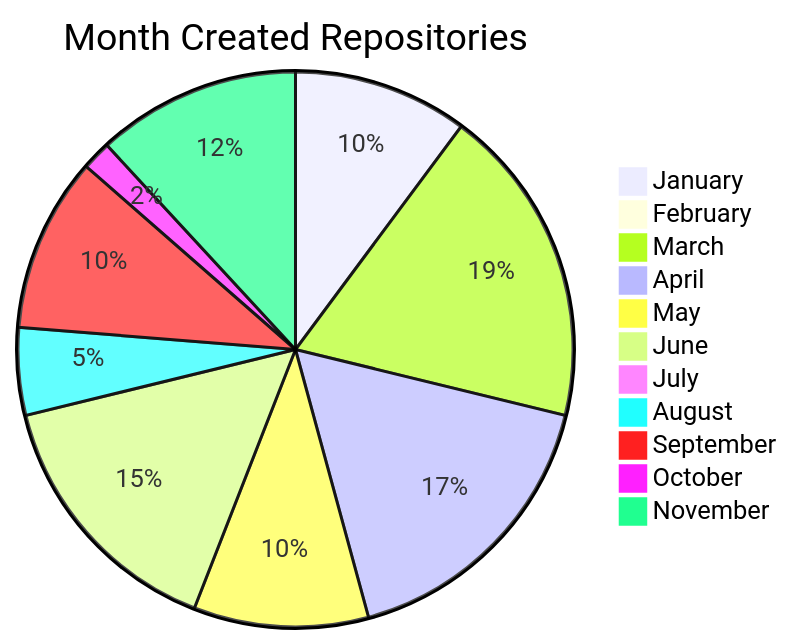
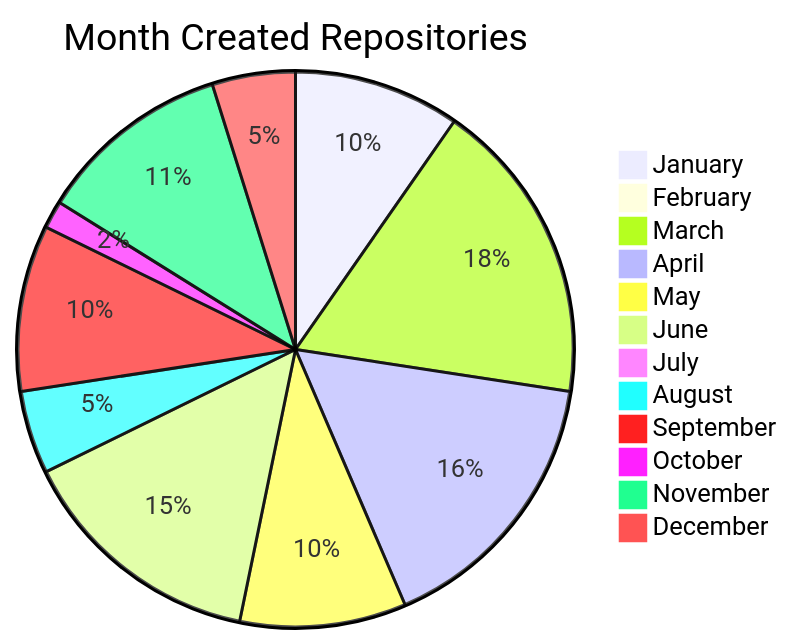
Before and after one commit to BackdevHong/WOC: the second of 2 diagrams in README.md, drawn with Mermaid. The commit also changed other lines of this file, not shown here.

````diff
--- a/README.md
+++ b/README.md
@@ -31,14 +33,15 @@
 ```mermaid
 pie title Month Created Repositories
     "January" : 6
     "February" : 0
     "March" : 11
     "April" : 10
     "May" : 6
     "June" : 9
     "July" : 0
     "August" : 3
     "September" : 6
     "October" : 1
     "November" : 7
+    "December" : 3
 ```
````
